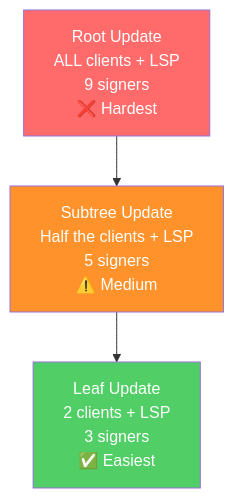
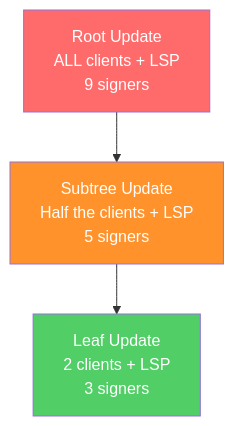
Before and after one commit to 8144225309/superscalar-docs: the first of 2 diagrams in how-it-works/updating-state.md, drawn with Mermaid. The commit also changed other lines of this file and 31 other files, not shown here.

````diff
--- a/how-it-works/updating-state.md
+++ b/how-it-works/updating-state.md
@@ -22,10 +22,10 @@
 ```mermaid
 graph TD
-    R["Root Update<br/>ALL clients + LSP<br/>9 signers<br/>❌ Hardest"]
-    R --> M["Subtree Update<br/>Half the clients + LSP<br/>5 signers<br/>⚠️ Medium"]
-    M --> L["Leaf Update<br/>2 clients + LSP<br/>3 signers<br/>✅ Easiest"]
+    R["Root Update<br/>ALL clients + LSP<br/>9 signers"]
+    R --> M["Subtree Update<br/>Half the clients + LSP<br/>5 signers"]
+    M --> L["Leaf Update<br/>2 clients + LSP<br/>3 signers"]
 
     style R fill:#ff6b6b,color:#fff
     style M fill:#ff922b,color:#fff
     style L fill:#51cf66,color:#fff
 ```
````
